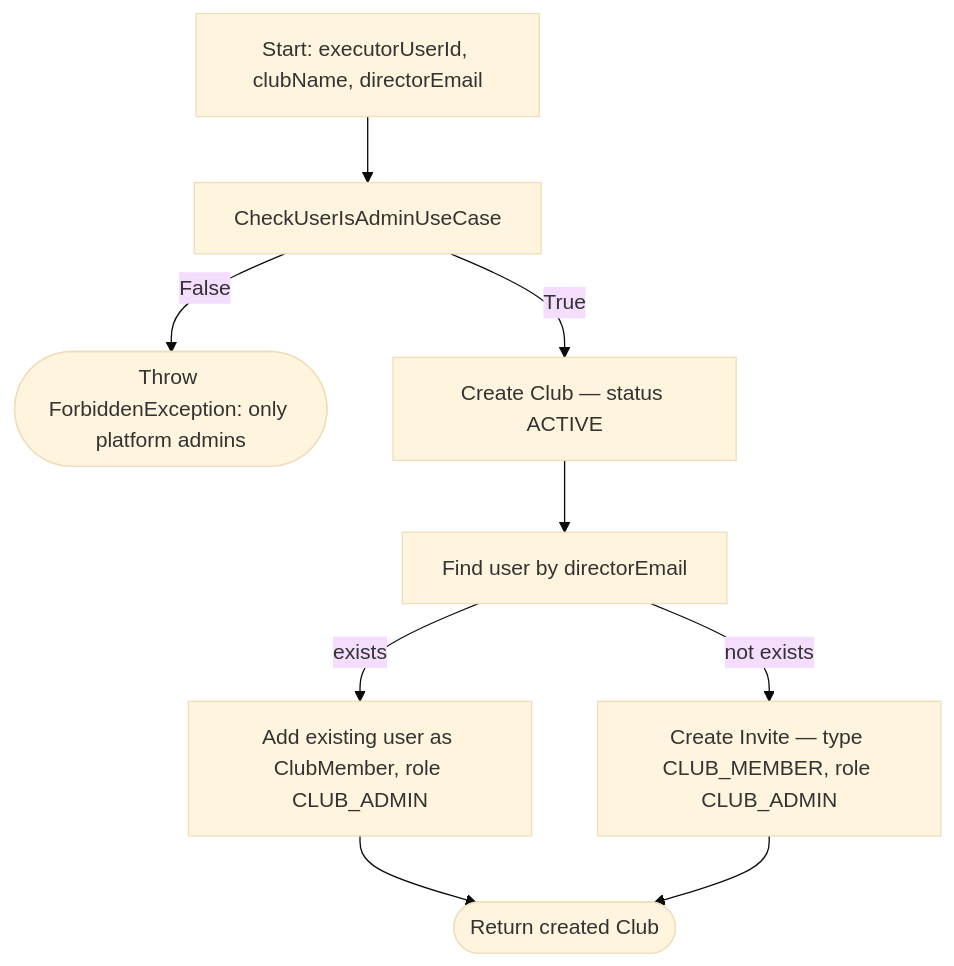
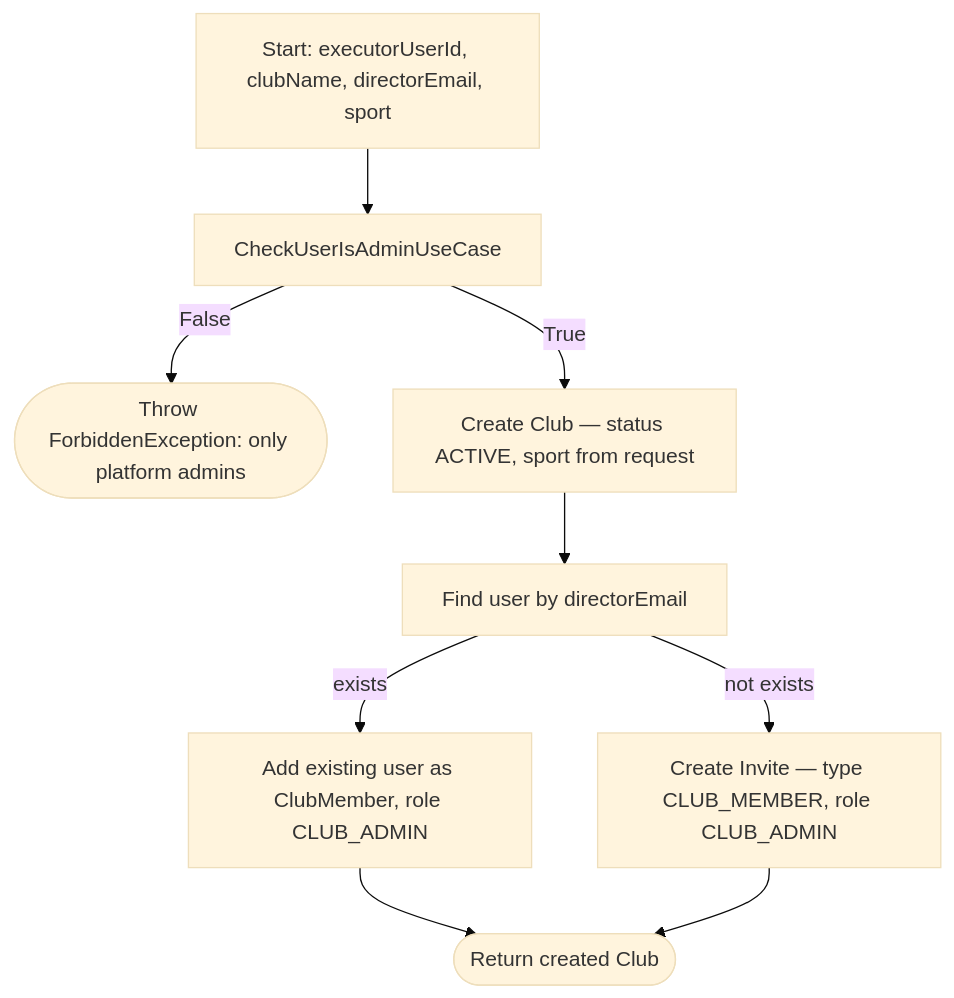
One commit to ricardofrango/squadify changed the eighth of 42 diagrams in PROCESS_FLOWS.md. Above: the diagram before and after it, drawn with Mermaid (base theme). The commit also changed other lines of this file and 10 other files, not shown here.

First line of the commit message:
Add a sport type to the club

````diff
--- a/PROCESS_FLOWS.md
+++ b/PROCESS_FLOWS.md
@@ -191,11 +191,11 @@
 ```mermaid
 graph TD
-    A[Start: executorUserId, clubName, directorEmail] --> B[CheckUserIsAdminUseCase]
+    A[Start: executorUserId, clubName, directorEmail, sport] --> B[CheckUserIsAdminUseCase]
     B -- False --> F(["Throw ForbiddenException: only platform admins"])
-    B -- True --> C[Create Club — status ACTIVE]
+    B -- True --> C[Create Club — status ACTIVE, sport from request]
     C --> D[Find user by directorEmail]
     D -- exists --> E[Add existing user as ClubMember, role CLUB_ADMIN]
     D -- not exists --> G[Create Invite — type CLUB_MEMBER, role CLUB_ADMIN]
     E --> Z(["Return created Club"])
     G --> Z
 ```
````
